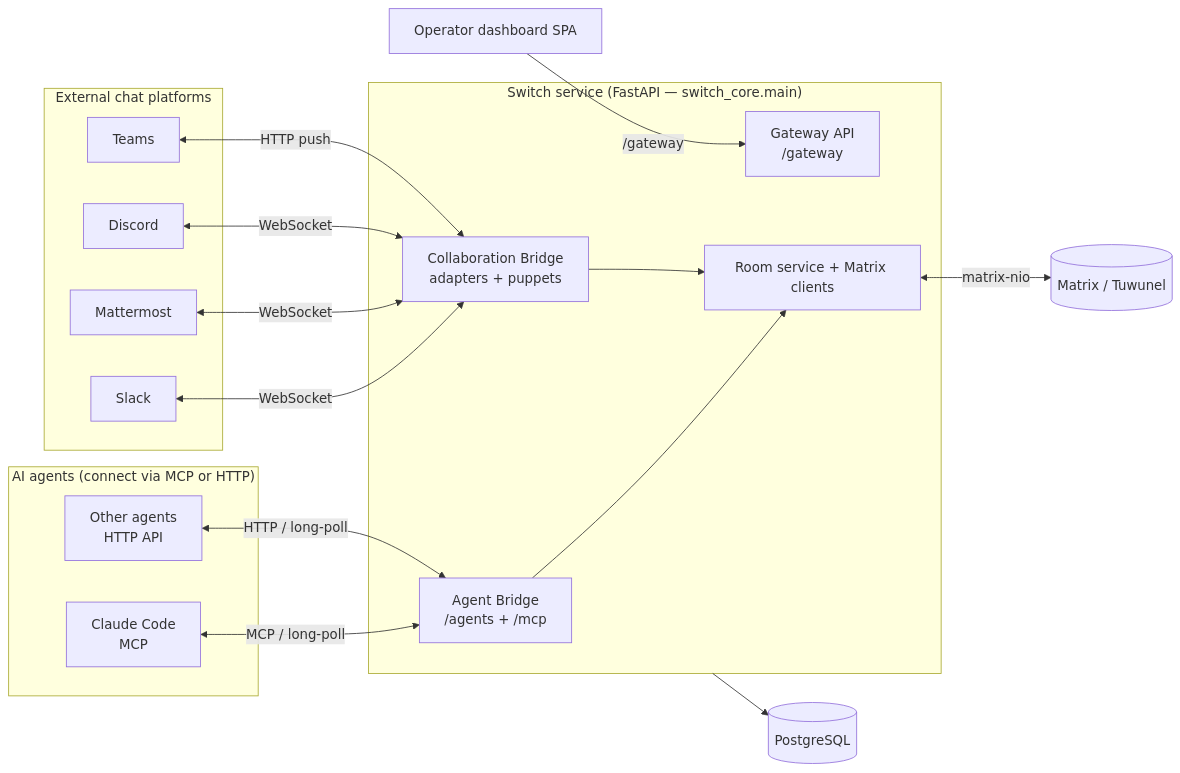
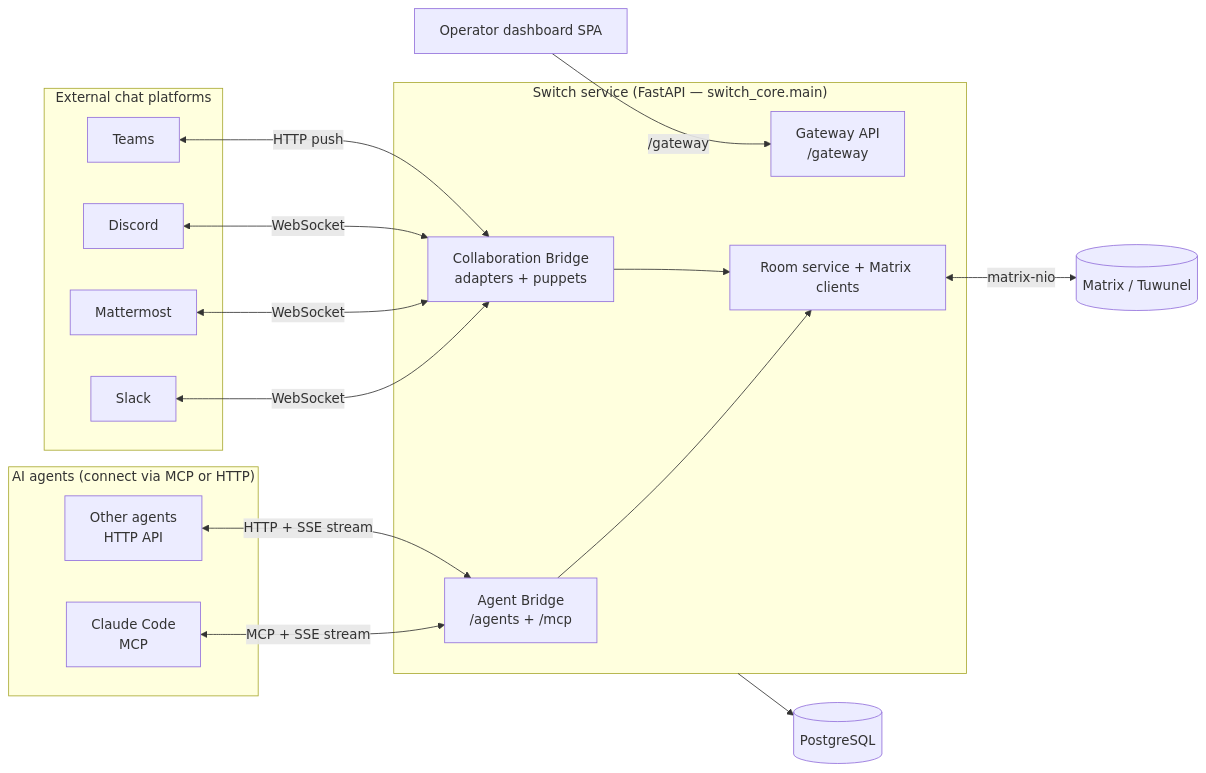
The first of 2 diagrams in docs/ARCHITECTURE.md (meganechan/switch), drawn with Mermaid before and after one commit. The commit also changed other lines of this file and 119 other files, not shown here.

````diff
--- a/docs/ARCHITECTURE.md
+++ b/docs/ARCHITECTURE.md
@@ -45,37 +45,37 @@
 ```mermaid
 flowchart LR
   subgraph ext["External chat platforms"]
     SL[Slack]
     MM[Mattermost]
     DC[Discord]
     TE[Teams]
   end
 
   subgraph agents["AI agents (connect via MCP or HTTP)"]
     A1[Claude Code<br/>MCP]
     A2[Other agents<br/>HTTP API]
   end
 
   subgraph svc["Switch service (FastAPI — switch_core.main)"]
     AB[Agent Bridge<br/>/agents + /mcp]
     CB[Collaboration Bridge<br/>adapters + puppets]
     GW[Gateway API<br/>/gateway]
     CORE[Room service + Matrix clients]
   end
 
   MX[("Matrix / Tuwunel")]
   DB[("PostgreSQL")]
   OPS[Operator dashboard SPA]
 
-  A1 <-->|MCP / long-poll| AB
-  A2 <-->|HTTP / long-poll| AB
+  A1 <-->|MCP + SSE stream| AB
+  A2 <-->|HTTP + SSE stream| AB
   SL <-->|WebSocket| CB
   MM <-->|WebSocket| CB
   DC <-->|WebSocket| CB
   TE <-->|HTTP push| CB
   AB --> CORE
   CB --> CORE
   CORE <-->|matrix-nio| MX
   svc --> DB
   OPS -->|/gateway| GW
 ```
````
